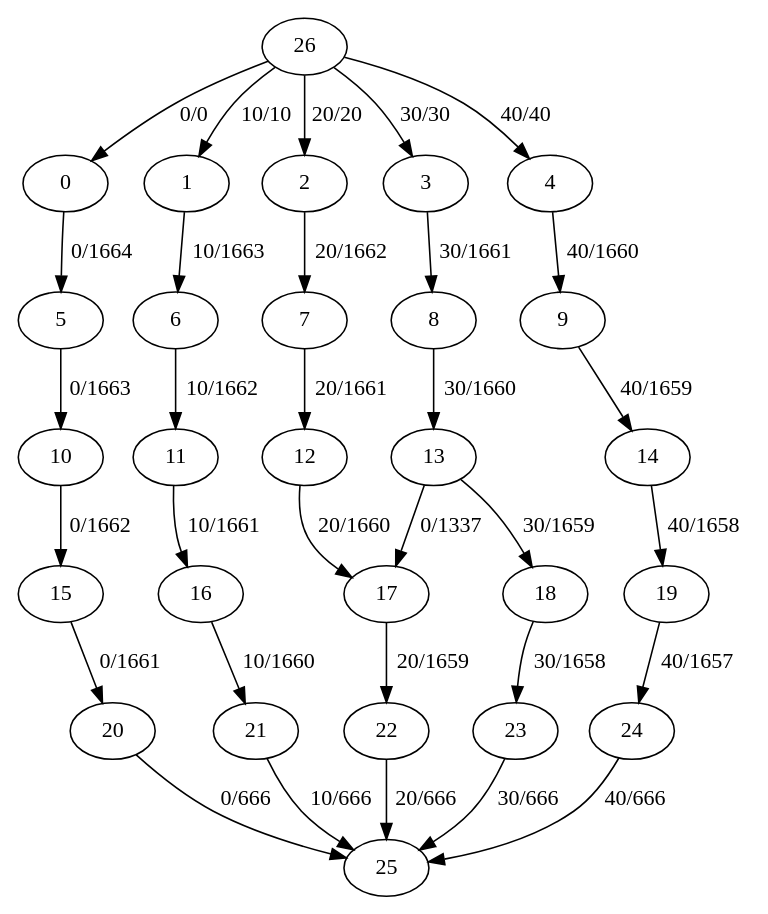
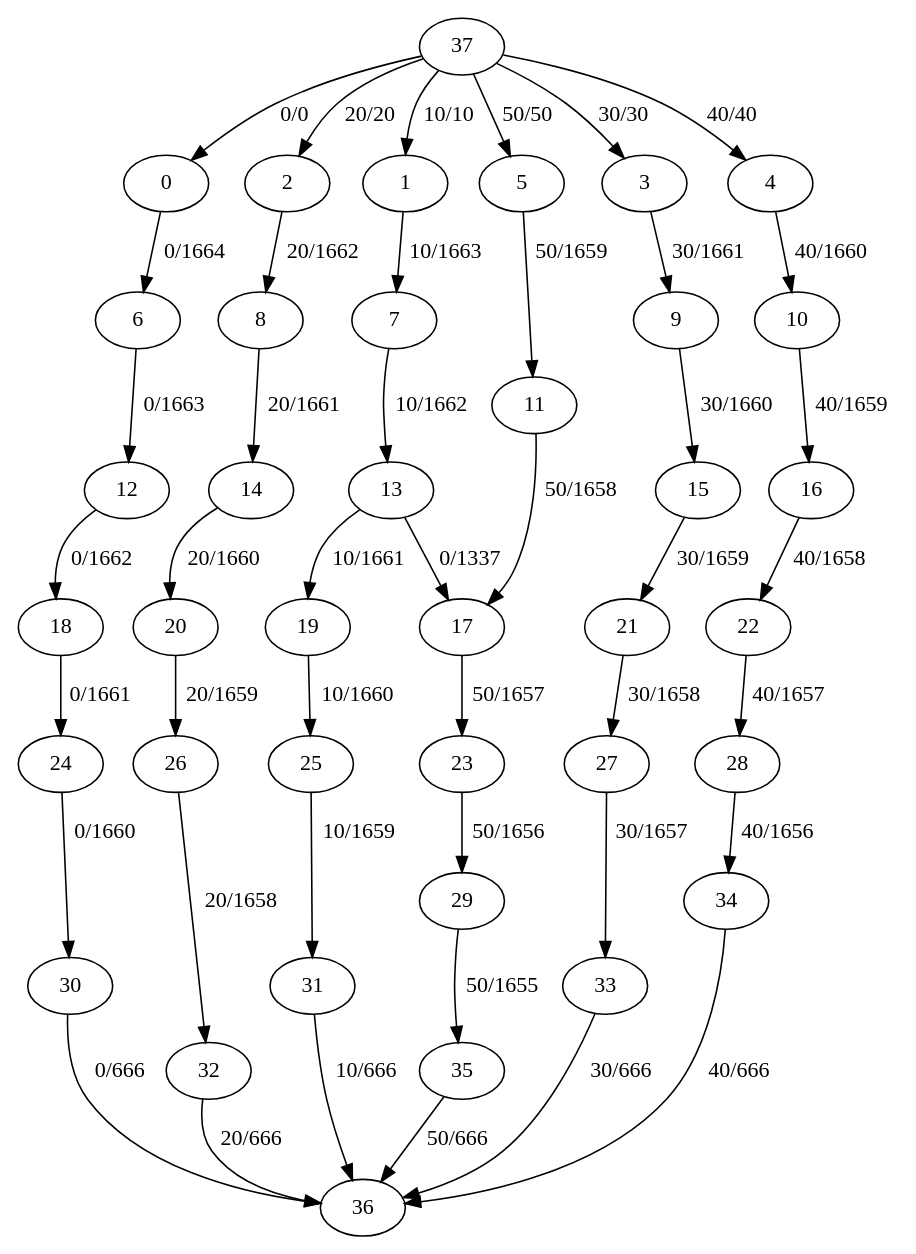
The diagram in test.dot (Goketsu/Modelisation), drawn with Graphviz before and after one commit. The commit also changed 7 other files, not shown here.

```diff
--- a/test.dot
+++ b/test.dot
@@ -1,33 +1,45 @@
 digraph G{
-0->5[label="0/1664"];
-1->6[label="10/1663"];
-2->7[label="20/1662"];
-3->8[label="30/1661"];
-4->9[label="40/1660"];
-5->10[label="0/1663"];
-6->11[label="10/1662"];
-7->12[label="20/1661"];
-8->13[label="30/1660"];
-9->14[label="40/1659"];
-10->15[label="0/1662"];
-11->16[label="10/1661"];
-12->17[label="20/1660"];
-13->18[label="30/1659"];
+0->6[label="0/1664"];
+1->7[label="10/1663"];
+2->8[label="20/1662"];
+3->9[label="30/1661"];
+4->10[label="40/1660"];
+5->11[label="50/1659"];
+6->12[label="0/1663"];
+7->13[label="10/1662"];
+8->14[label="20/1661"];
+9->15[label="30/1660"];
+10->16[label="40/1659"];
+11->17[label="50/1658"];
+12->18[label="0/1662"];
+13->19[label="10/1661"];
 13->17[label="0/1337"];
-14->19[label="40/1658"];
-15->20[label="0/1661"];
-16->21[label="10/1660"];
-17->22[label="20/1659"];
-18->23[label="30/1658"];
-19->24[label="40/1657"];
-20->25[label="0/666"];
-21->25[label="10/666"];
-22->25[label="20/666"];
-23->25[label="30/666"];
-24->25[label="40/666"];
-26->0[label="0/0"];
-26->1[label="10/10"];
-26->2[label="20/20"];
-26->3[label="30/30"];
-26->4[label="40/40"];
+14->20[label="20/1660"];
+15->21[label="30/1659"];
+16->22[label="40/1658"];
+17->23[label="50/1657"];
+18->24[label="0/1661"];
+19->25[label="10/1660"];
+20->26[label="20/1659"];
+21->27[label="30/1658"];
+22->28[label="40/1657"];
+23->29[label="50/1656"];
+24->30[label="0/1660"];
+25->31[label="10/1659"];
+26->32[label="20/1658"];
+27->33[label="30/1657"];
+28->34[label="40/1656"];
+29->35[label="50/1655"];
+30->36[label="0/666"];
+31->36[label="10/666"];
+32->36[label="20/666"];
+33->36[label="30/666"];
+34->36[label="40/666"];
+35->36[label="50/666"];
+37->0[label="0/0"];
+37->1[label="10/10"];
+37->2[label="20/20"];
+37->3[label="30/30"];
+37->4[label="40/40"];
+37->5[label="50/50"];
 }
```
